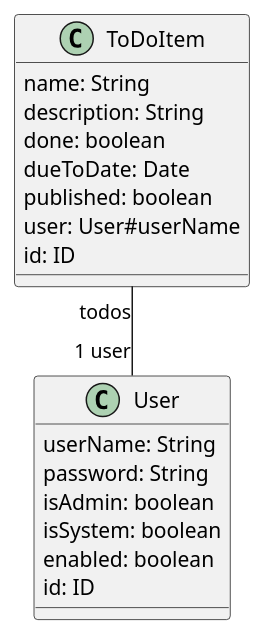
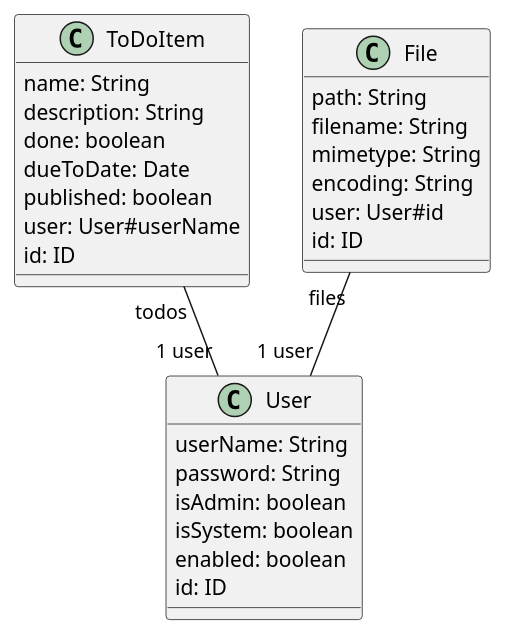
One commit to ODA-js/demos changed the diagram in api-simple-mongoose/src/graphql-gen/system/schema/schema.puml. Above: the diagram before and after it, drawn with PlantUML. The commit also changed 216 other files, not shown here.

```diff
--- a/api-simple-mongoose/src/graphql-gen/system/schema/schema.puml
+++ b/api-simple-mongoose/src/graphql-gen/system/schema/schema.puml
@@ -1,25 +1,36 @@
 @startuml system
 
   ToDoItem "todos" -- "1 user" User
+
+  File "files" -- "1 user" User
 
 
   class User {
     userName: String
     password: String
     isAdmin: boolean
     isSystem: boolean
     enabled: boolean
     id: ID
   }
 
   class ToDoItem {
     name: String
     description: String
     done: boolean
     dueToDate: Date
     published: boolean
     user: User#userName
     id: ID
   }
 
+  class File {
+    path: String
+    filename: String
+    mimetype: String
+    encoding: String
+    user: User#id
+    id: ID
+  }
+
 @enduml
```
